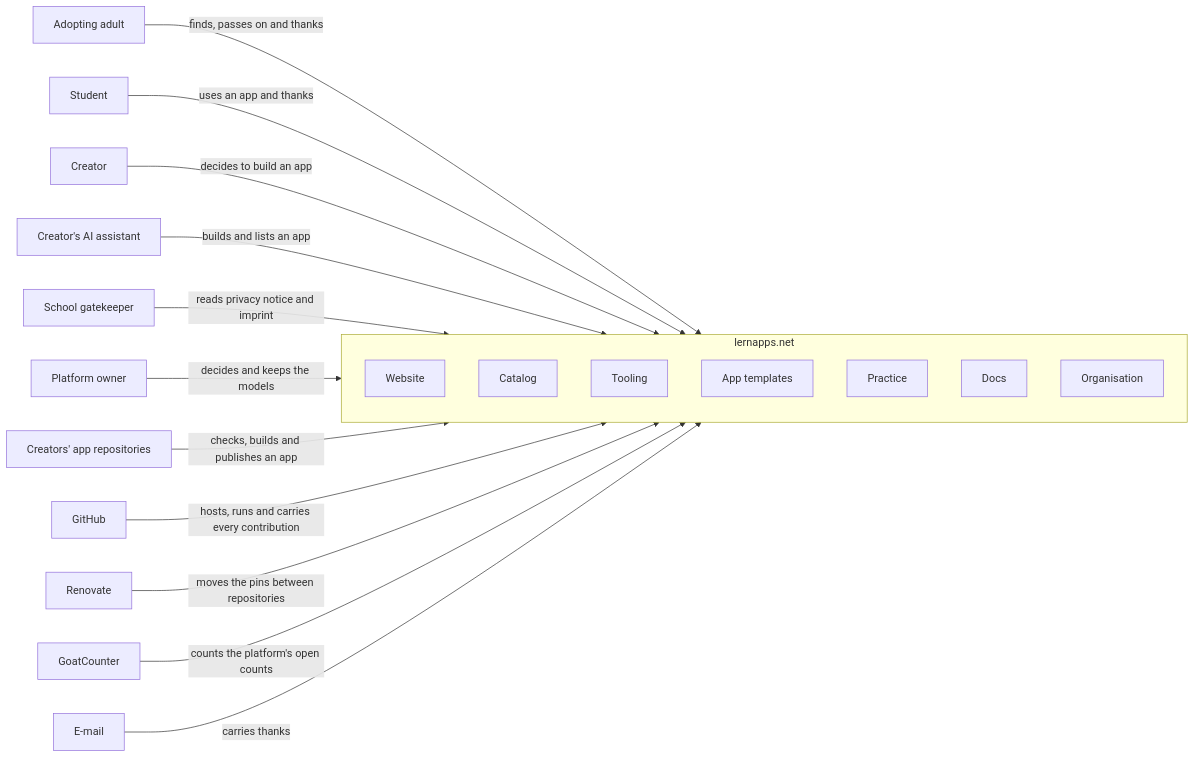
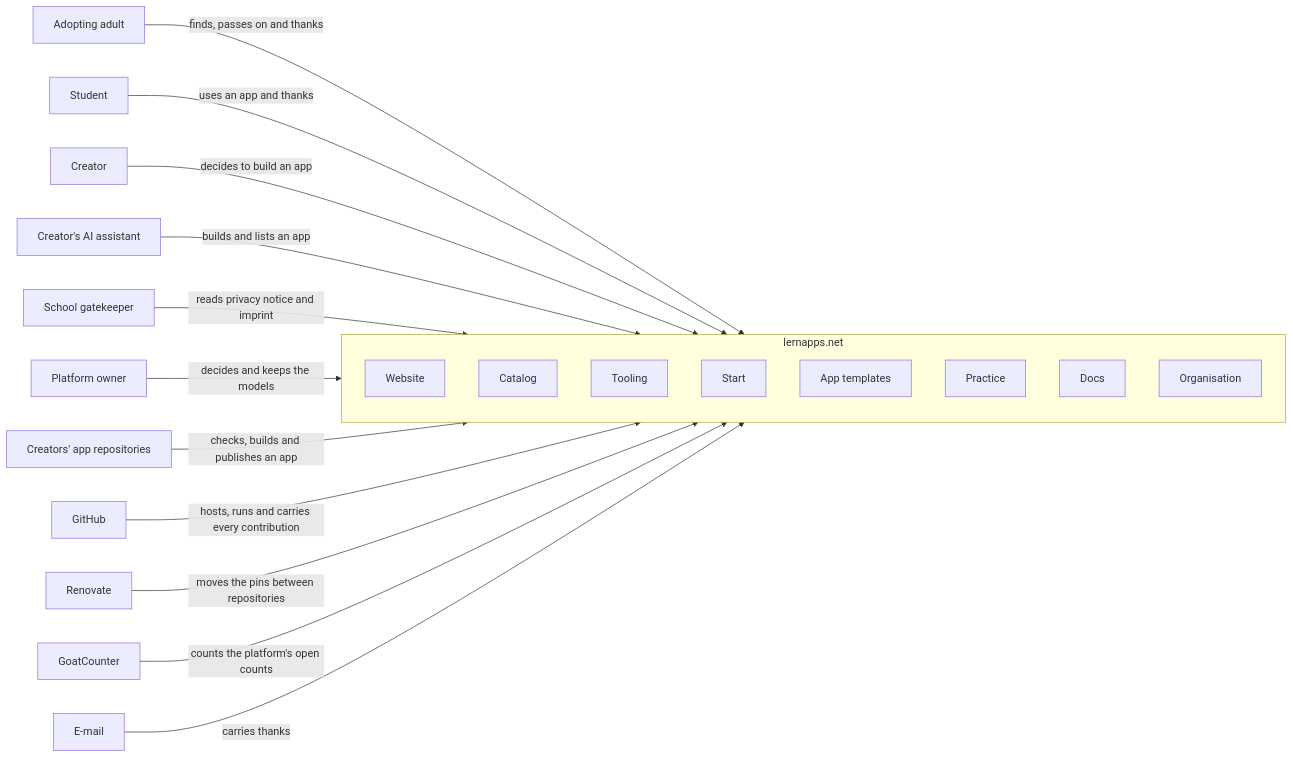
One commit to lernapps/docs changed the diagram in docs/arc42/03-system-context.arc42.md. Above: the diagram before and after it, drawn with Mermaid. The commit also changed other lines of this file and 13 other files, not shown here.

First line of the commit message:
docs: add the ready workplace to the platform design and the architecture

````diff
--- a/docs/arc42/03-system-context.arc42.md
+++ b/docs/arc42/03-system-context.arc42.md
@@ -18,34 +18,35 @@
 ```mermaid
 flowchart LR
     actor-adopting-adult["Adopting adult"]
     actor-student["Student"]
     actor-creator["Creator"]
     actor-ai-assistant["Creator's AI assistant"]
     actor-gatekeeper["School gatekeeper"]
     actor-platform-owner["Platform owner"]
     actor-app-repo-actions["Creators' app repositories"]
     actor-github["GitHub"]
     actor-renovate["Renovate"]
     actor-goatcounter["GoatCounter"]
     actor-email["E-mail"]
     subgraph system["lernapps.net"]
         bb-website["Website"]
         bb-catalog["Catalog"]
         bb-tooling["Tooling"]
+        bb-start["Start"]
         bb-app-templates["App templates"]
         bb-practice["Practice"]
         bb-docs["Docs"]
         bb-org["Organisation"]
     end
     actor-adopting-adult -->|"finds, passes on and thanks"| system
     actor-student -->|"uses an app and thanks"| system
     actor-creator -->|"decides to build an app"| system
     actor-ai-assistant -->|"builds and lists an app"| system
     actor-gatekeeper -->|"reads privacy notice and imprint"| system
     actor-platform-owner -->|"decides and keeps the models"| system
     actor-app-repo-actions -->|"checks, builds and publishes an app"| system
     actor-github -->|"hosts, runs and carries every contribution"| system
     actor-renovate -->|"moves the pins between repositories"| system
     actor-goatcounter -->|"counts the platform's open counts"| system
     actor-email -->|"carries thanks"| system
 ```
````
